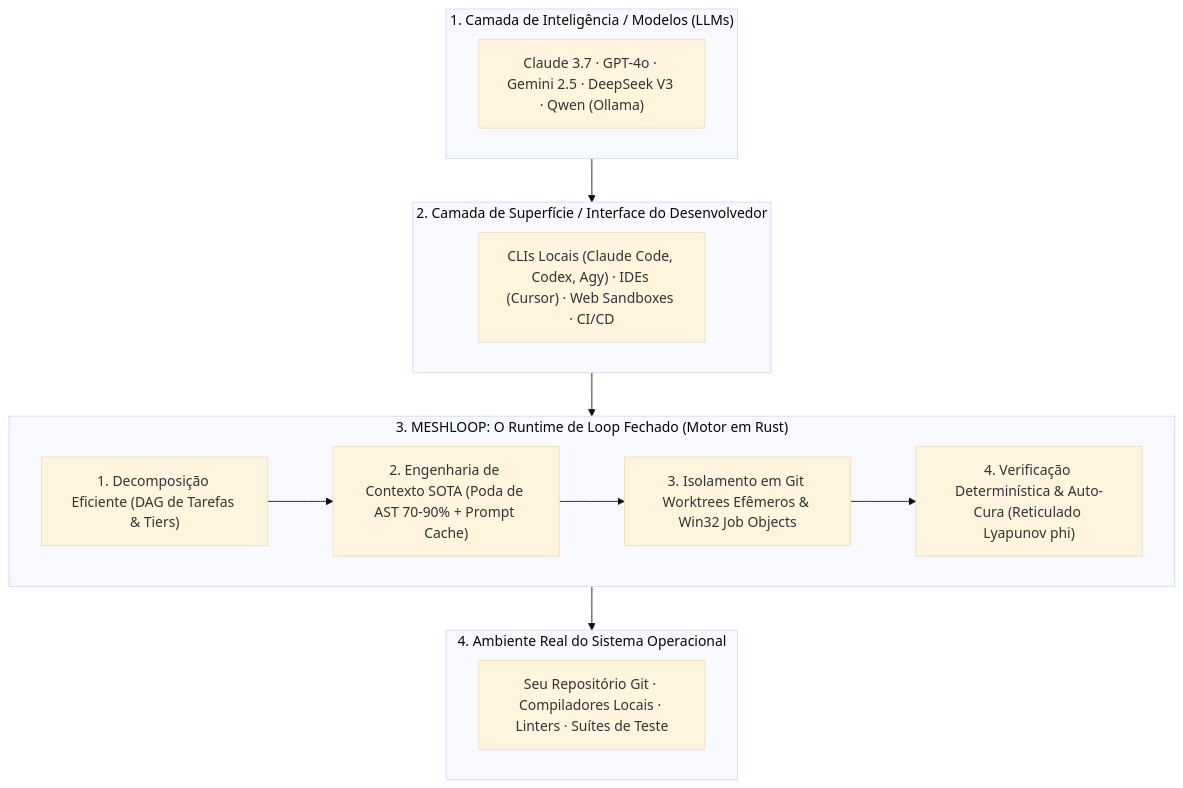
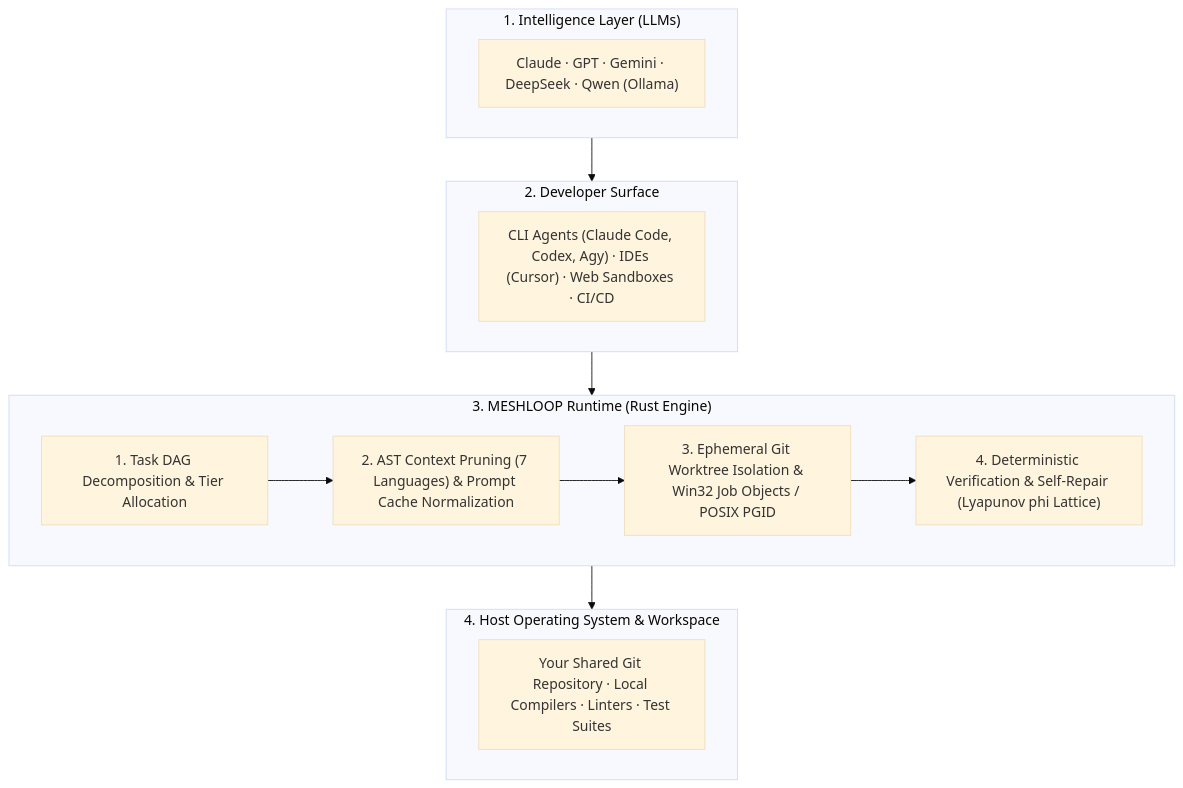
Before and after one commit to smota/meshloop: the diagram in docs/product/brief.md, drawn with Mermaid (base theme). The commit also changed other lines of this file and 14 other files, not shown here.

````diff
--- a/docs/product/brief.md
+++ b/docs/product/brief.md
@@ -22,26 +20,26 @@
 ```mermaid
 flowchart TB
-  subgraph L1 ["1. Camada de Inteligência / Modelos (LLMs)"]
-    M["Claude 3.7 · GPT-4o · Gemini 2.5 · DeepSeek V3 · Qwen (Ollama)"]
+  subgraph L1 ["1. Intelligence Layer (LLMs)"]
+    M["Claude · GPT · Gemini · DeepSeek · Qwen (Ollama)"]
   end
 
-  subgraph L2 ["2. Camada de Superfície / Interface do Desenvolvedor"]
-    CLI["CLIs Locais (Claude Code, Codex, Agy) · IDEs (Cursor) · Web Sandboxes · CI/CD"]
+  subgraph L2 ["2. Developer Surface"]
+    CLI["CLI Agents (Claude Code, Codex, Agy) · IDEs (Cursor) · Web Sandboxes · CI/CD"]
   end
 
-  subgraph L3 ["3. MESHLOOP: O Runtime de Loop Fechado (Motor em Rust)"]
-    D["1. Decomposição Eficiente (DAG de Tarefas & Tiers)"]
-    C["2. Engenharia de Contexto SOTA (Poda de AST 70-90% + Prompt Cache)"]
-    W["3. Isolamento em Git Worktrees Efêmeros & Win32 Job Objects"]
-    V["4. Verificação Determinística & Auto-Cura (Reticulado Lyapunov phi)"]
+  subgraph L3 ["3. MESHLOOP Runtime (Rust Engine)"]
+    D["1. Task DAG Decomposition & Tier Allocation"]
+    C["2. AST Context Pruning (7 Languages) & Prompt Cache Normalization"]
+    W["3. Ephemeral Git Worktree Isolation & Win32 Job Objects / POSIX PGID"]
+    V["4. Deterministic Verification & Self-Repair (Lyapunov phi Lattice)"]
     D --> C --> W --> V
   end
 
-  subgraph L4 ["4. Ambiente Real do Sistema Operacional"]
-    Host["Seu Repositório Git · Compiladores Locais · Linters · Suítes de Teste"]
+  subgraph L4 ["4. Host Operating System & Workspace"]
+    Host["Your Shared Git Repository · Local Compilers · Linters · Test Suites"]
   end
 
   L1 --> L2
   L2 --> L3
   L3 --> L4
 ```
````
